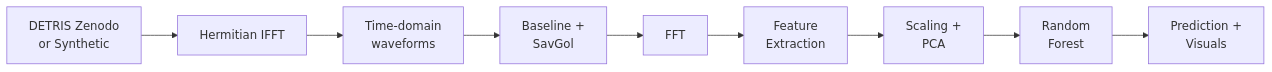
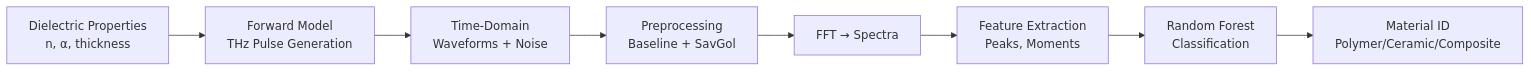
One commit to EigenJames/THZ_TDS_code changed the diagram in README.md. Above: the diagram before and after it, drawn with Mermaid. The commit also changed other lines of this file, not shown here.

First line of the commit message:
Refocus README on THz-TDS physics and ML necessity

````diff
--- a/README.md
+++ b/README.md
@@ -50,11 +126,10 @@
 ```mermaid
 graph LR
-    A[DETRIS Zenodo<br/>or Synthetic] --> B[Hermitian IFFT]
-    B --> C[Time-domain<br/>waveforms]
-    C --> D[Baseline +<br/>SavGol]
-    D --> E[FFT]
-    E --> F[Feature<br/>Extraction]
-    F --> G[Scaling +<br/>PCA]
-    G --> H[Random<br/>Forest]
-    H --> I[Prediction +<br/>Visuals]
+    A[Dielectric Properties<br/>n, α, thickness] --> B[Forward Model<br/>THz Pulse Generation]
+    B --> C[Time-Domain<br/>Waveforms + Noise]
+    C --> D[Preprocessing<br/>Baseline + SavGol]
+    D --> E[FFT → Spectra]
+    E --> F[Feature Extraction<br/>Peaks, Moments]
+    F --> G[Random Forest<br/>Classification]
+    G --> H[Material ID<br/>Polymer/Ceramic/Composite]
 ```
````
